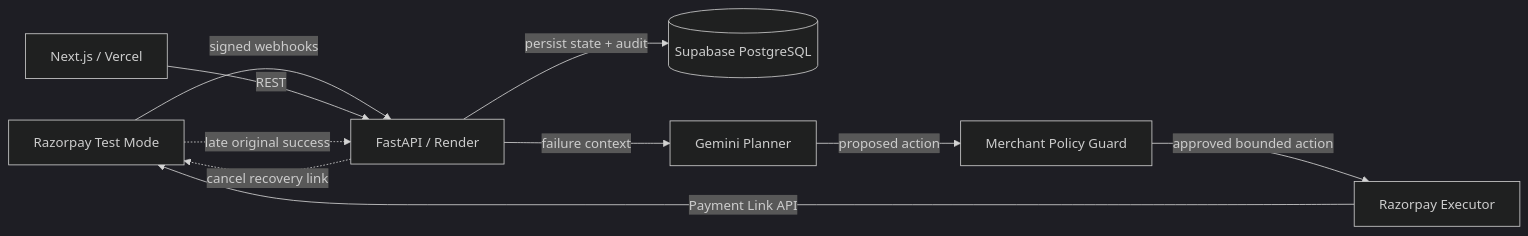
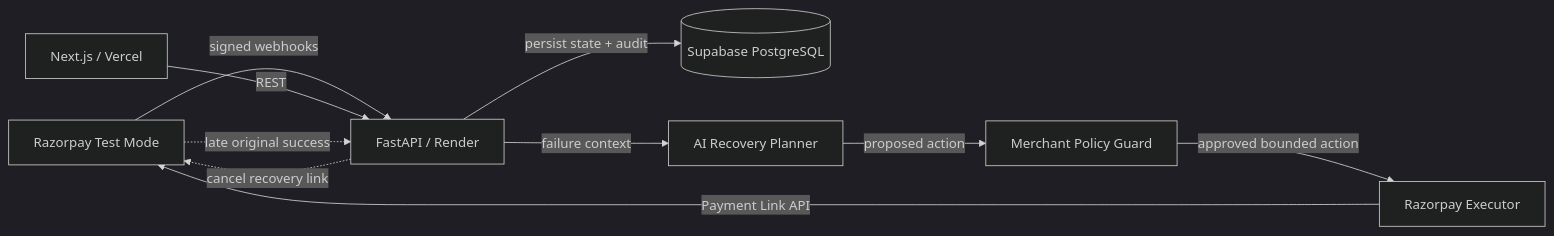
One commit to ParvBhawsar/recoverflow changed the diagram in README.md. Above: the diagram before and after it, drawn with Mermaid (dark theme). The commit also changed other lines of this file, not shown here.

Commit message:
docs: align repository with merchant-first product architecture

````diff
--- a/README.md
+++ b/README.md
@@ -68,13 +79,13 @@
 ```mermaid
 flowchart LR
     RZ[Razorpay Test Mode] -->|signed webhooks| API[FastAPI / Render]
     API -->|persist state + audit| DB[(Supabase PostgreSQL)]
-    API -->|failure context| AI[Gemini Planner]
+    API -->|failure context| AI[AI Recovery Planner]
     AI -->|proposed action| GUARD[Merchant Policy Guard]
     GUARD -->|approved bounded action| EXEC[Razorpay Executor]
     EXEC -->|Payment Link API| RZ
     FE[Next.js / Vercel] -->|REST| API
 
     RZ -. late original success .-> API
     API -. cancel recovery link .-> RZ
 ```
````
